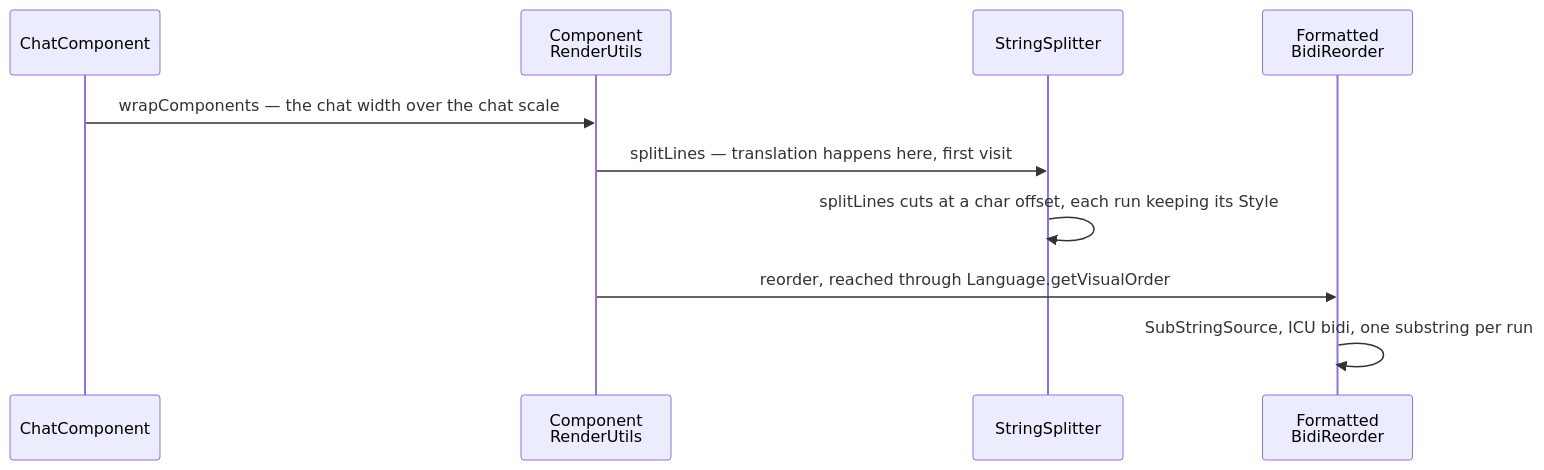
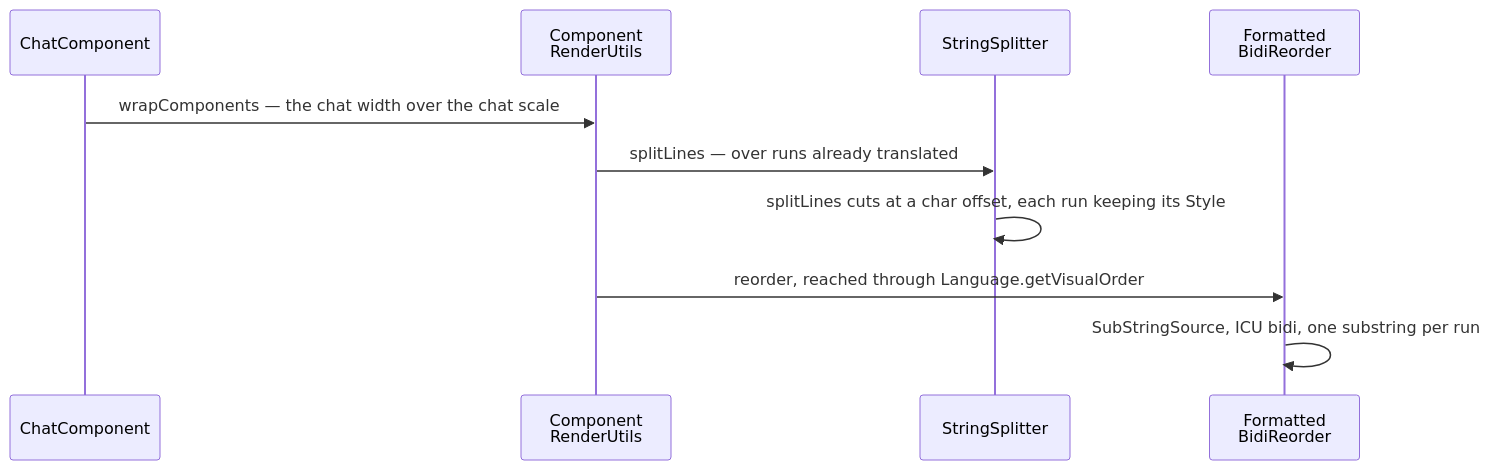
One commit to AlexanderjFraser/MinecraftDocs changed the second of 3 diagrams in src/systems/client/text-and-fonts.md. Above: the diagram before and after it, drawn with Mermaid. The commit also changed other lines of this file and 33 other files, not shown here.

````diff
--- a/src/systems/client/text-and-fonts.md
+++ b/src/systems/client/text-and-fonts.md
@@ -183,13 +171,13 @@
 ```mermaid
 sequenceDiagram
     participant ChatC as ChatComponent
     participant CRU as Component<br/>RenderUtils
     participant SSpl as StringSplitter
     participant FBR as Formatted<br/>BidiReorder
 
     ChatC->>CRU: wrapComponents — the chat width over the chat scale
-    CRU->>SSpl: splitLines — translation happens here, first visit
+    CRU->>SSpl: splitLines — over runs already translated
     SSpl->>SSpl: splitLines cuts at a char offset, each run keeping its Style
     CRU->>FBR: reorder, reached through Language.getVisualOrder
     FBR->>FBR: SubStringSource, ICU bidi, one substring per run
 ```
````
